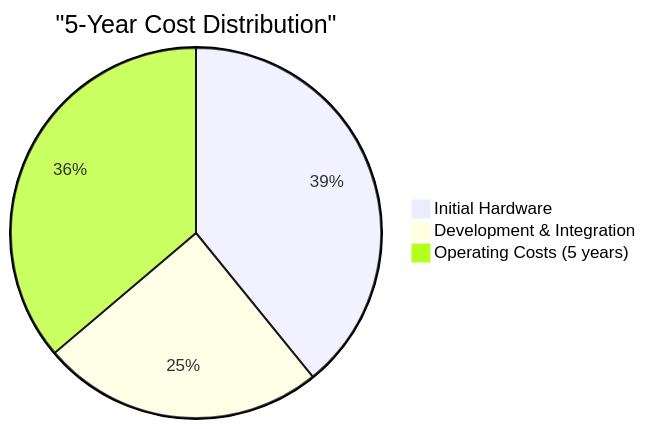
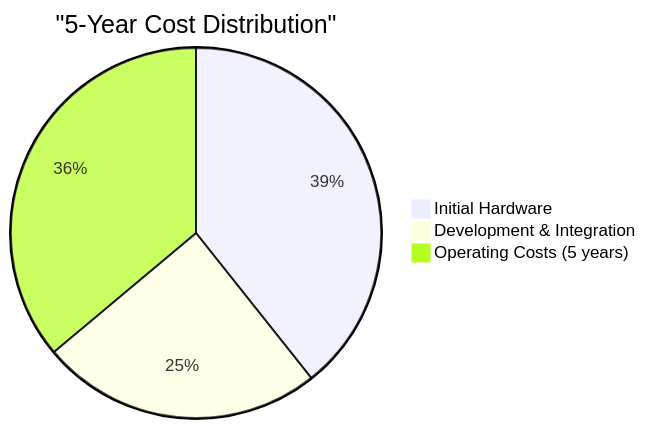
One commit to transnet-eduard-reitmann/locomotive-tracking-unit changed the ninth of 9 diagrams in docs/executive-summary.md. Above: the diagram before and after it, drawn with Mermaid. The commit also changed other lines of this file and 12 other files, not shown here.

````diff
--- a/docs/executive-summary.md
+++ b/docs/executive-summary.md
@@ -253,6 +253,6 @@
 ```mermaid
 pie title "5-Year Cost Distribution"
-    "Initial Hardware" : 365
+    "Initial Hardware" : 367.5
     "Development & Integration" : 230
     "Operating Costs (5 years)" : 337.5
 ```
````
